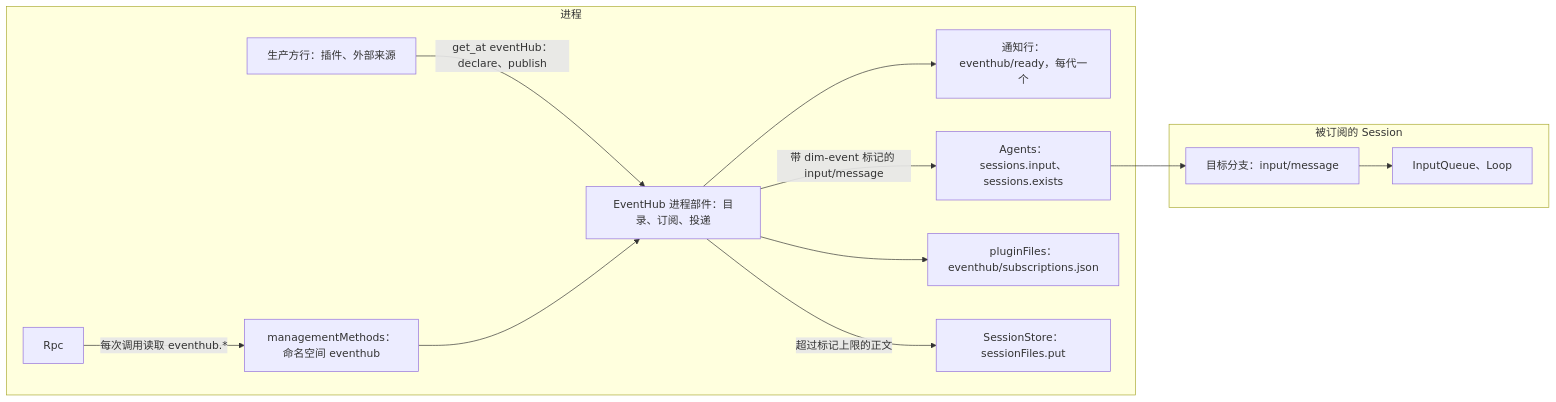
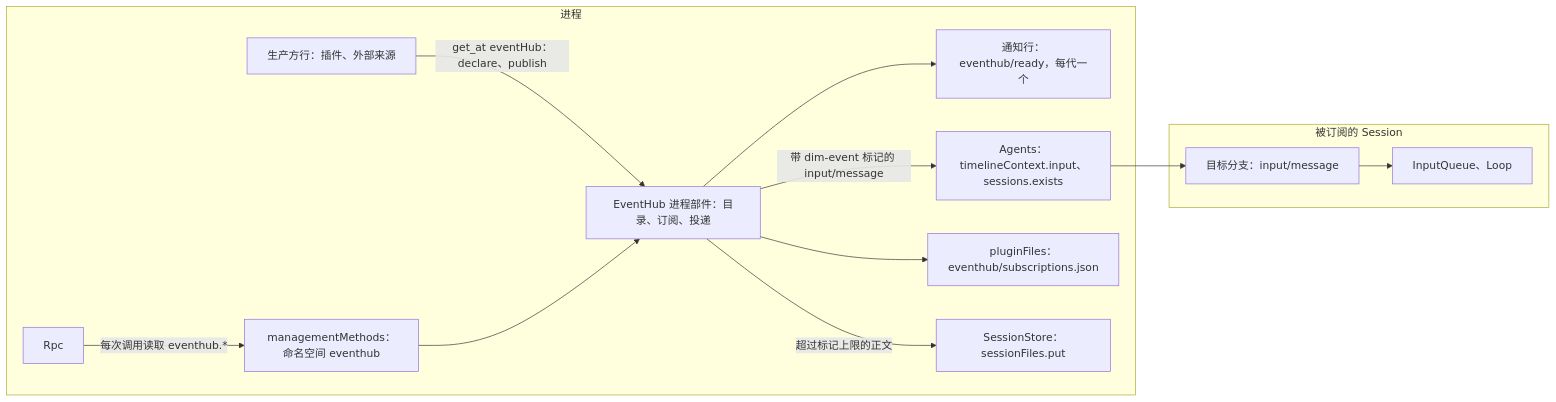
One commit to arcships/dim changed the first of 2 diagrams in docs/zh/design/plugins/EventHub.md. Above: the diagram before and after it, drawn with Mermaid. The commit also changed other lines of this file and 142 other files, not shown here.

````diff
--- a/docs/zh/design/plugins/EventHub.md
+++ b/docs/zh/design/plugins/EventHub.md
@@ -11,26 +15,26 @@
 ```mermaid
 flowchart LR
   subgraph PROC["进程"]
     Prod["生产方行：插件、外部来源"]
     Hub["EventHub 进程部件：目录、订阅、投递"]
     Ready["通知行：eventhub/ready，每代一个"]
     MM["managementMethods：命名空间 eventhub"]
     Rpc["Rpc"]
-    Agents["Agents：sessions.input、sessions.exists"]
+    Agents["Agents：timelineContext.input、sessions.exists"]
     Files["pluginFiles：eventhub/subscriptions.json"]
     SF["SessionStore：sessionFiles.put"]
   end
   subgraph SESS["被订阅的 Session"]
     TL["目标分支：input/message"]
     IQ["InputQueue、Loop"]
   end
   Prod -->|"get_at eventHub：declare、publish"| Hub
   Hub --> Files
   Hub -->|"带 dim-event 标记的 input/message"| Agents
   Agents --> TL
   Hub -->|"超过标记上限的正文"| SF
   Rpc -->|"每次调用读取 eventhub.*"| MM
   MM --> Hub
   Hub --> Ready
   TL --> IQ
 ```
````
